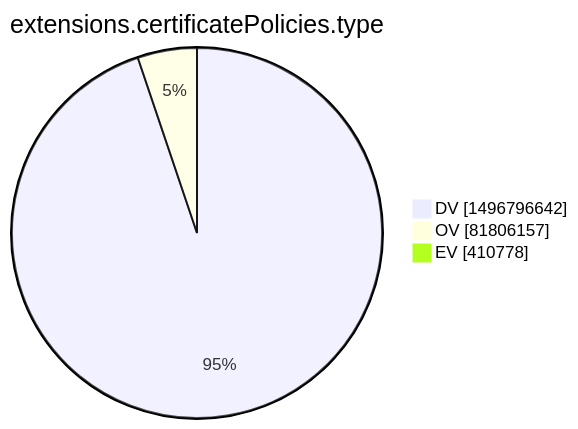
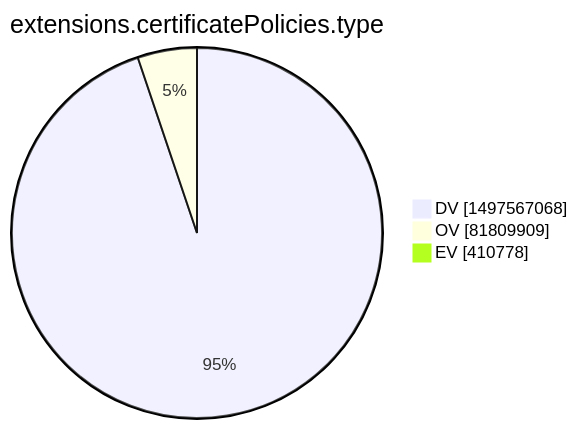
One commit to christiankrug/ctmonitor_visualization changed the tenth of 15 diagrams in xenon2022/README.md. Above: the diagram before and after it, drawn with Mermaid. The commit also changed other lines of this file, not shown here.

````diff
--- a/xenon2022/README.md
+++ b/xenon2022/README.md
@@ -2874,7 +2874,7 @@
 ```mermaid
 pie showData
 title extensions.certificatePolicies.type
-"DV" :1496796642
-"OV" :81806157
+"DV" :1497567068
+"OV" :81809909
 "EV" :410778
 ```
````
